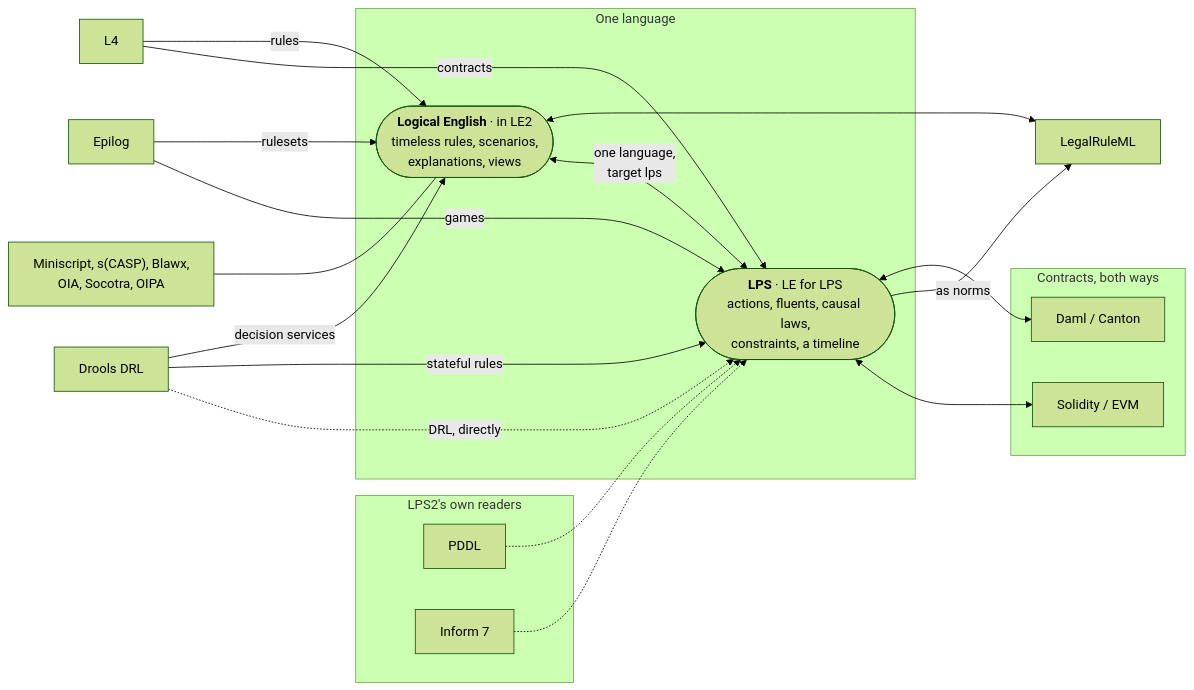
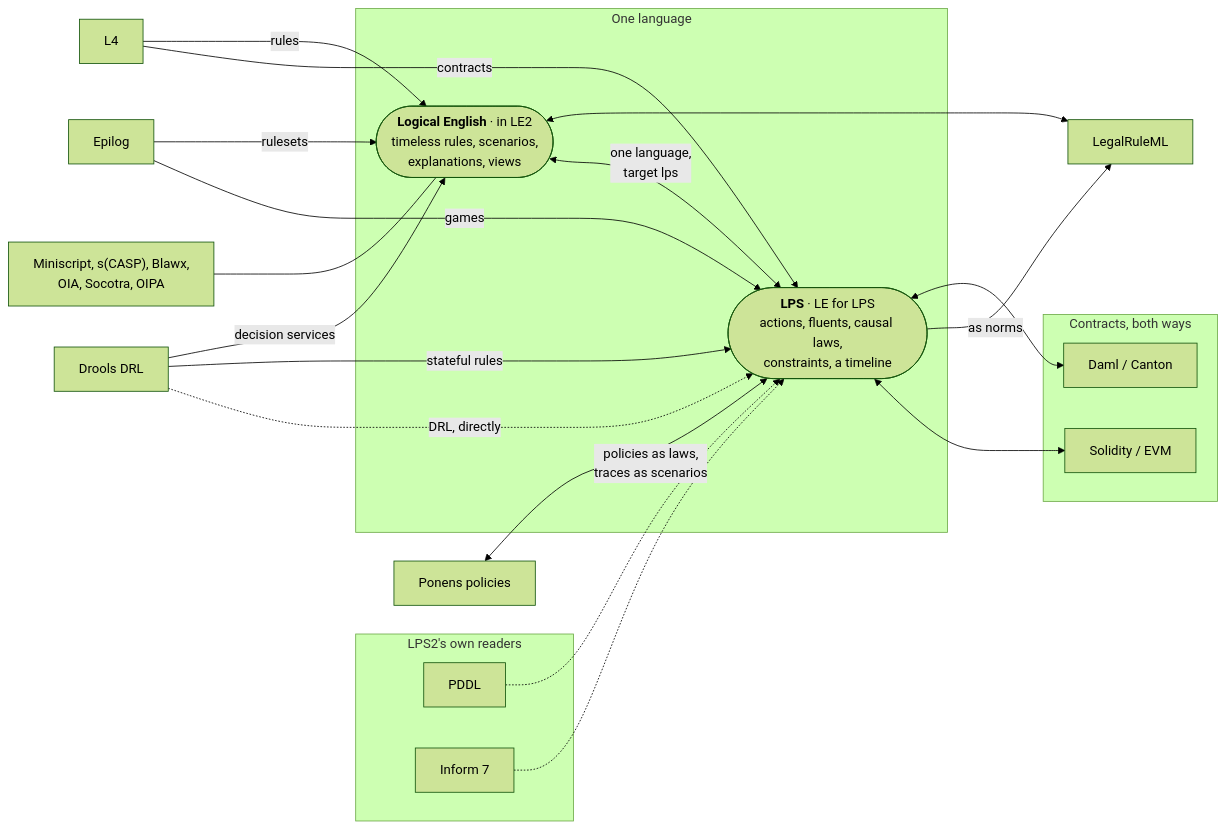
Before and after one commit to LogicalContractsOrg/lps2: the diagram in docs/user/integrations/index.md, drawn with Mermaid (forest theme). The commit also changed other lines of this file and 458 other files, not shown here.

First line of the commit message:
Ponens policies as Logical English for LPS: the 14 packs' twins, the integration guide; two engine fixes

````diff
--- a/docs/user/integrations/index.md
+++ b/docs/user/integrations/index.md
@@ -40,52 +40,55 @@
 ```mermaid
 flowchart LR
   subgraph own["LPS2's own readers"]
     PD["PDDL"]
     IF["Inform 7"]
   end
 
   subgraph core["One language"]
     LPS(["<b>LPS</b> · LE for LPS<br/>actions, fluents, causal laws,<br/>constraints, a timeline"])
     LE(["<b>Logical English</b> · in LE2<br/>timeless rules, scenarios,<br/>explanations, views"])
     LE <-- "one language,<br/>target lps" --> LPS
   end
 
   subgraph both["Contracts, both ways"]
     SOL["Solidity / EVM"]
     DA["Daml / Canton"]
   end
 
   L4["L4"]
+  PO["Ponens policies"]
 
   DR["Drools DRL"]
   EP["Epilog"]
   LR["LegalRuleML"]
   OTH["Miniscript, s(CASP), Blawx,<br/>OIA, Socotra, OIPA"]
 
   PD -.-> LPS
   IF -.-> LPS
   DR -. "DRL, directly" .-> LPS
   DR -- "stateful rules" --> LPS
   DR -- "decision services" --> LE
   EP -- "games" --> LPS
   EP -- "rulesets" --> LE
   LPS <--> SOL
   LPS -- "as norms" --> LR
   LPS <--> DA
   L4 -- "contracts" --> LPS
+  PO <-- "policies as laws,<br/>traces as scenarios" --> LPS
   L4 -- "rules" --> LE
   LE <--> LR
   OTH --- LE
 
   click PD "pddl" "PDDL and LPS"
   click IF "inform-7" "Inform 7 and LPS"
   click DR "drools" "Drools and LPS"
   click SOL "solidity" "Solidity and LPS"
   click DA "daml" "Daml and LPS"
   click L4 "l4" "L4 and LPS"
+  click PO "ponens" "Ponens policies and LPS"
   click LPS "../reference/le-for-lps" "Logical English for LPS"
   click LE "https://le2.logicalcontracts.com/docs/user/integrations/index" "Logical English: other systems"
   click EP "https://le2.logicalcontracts.com/docs/user/integrations/epilog" "Epilog and Logical English (LE2 documentation)"
   click LR "https://le2.logicalcontracts.com/docs/user/integrations/legalruleml" "LegalRuleML and Logical English (LE2 documentation)"
   click OTH "https://le2.logicalcontracts.com/docs/user/integrations/index" "The other systems (LE2 documentation)"
 ```
````
